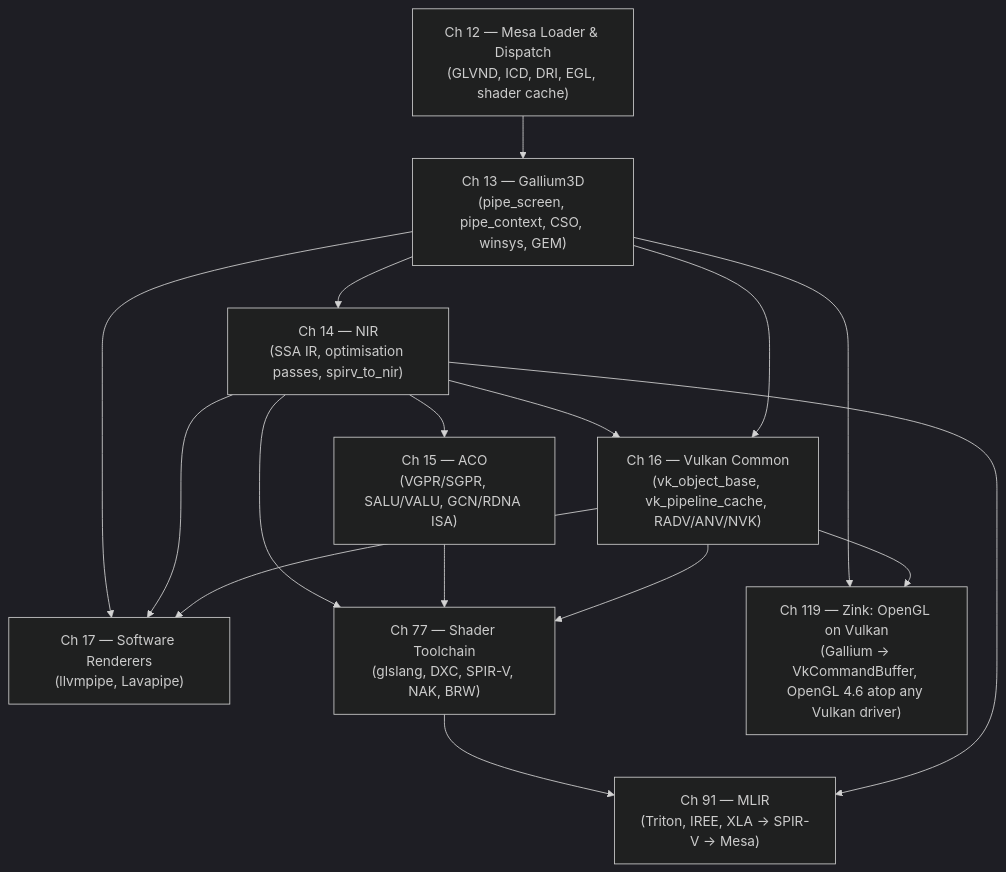
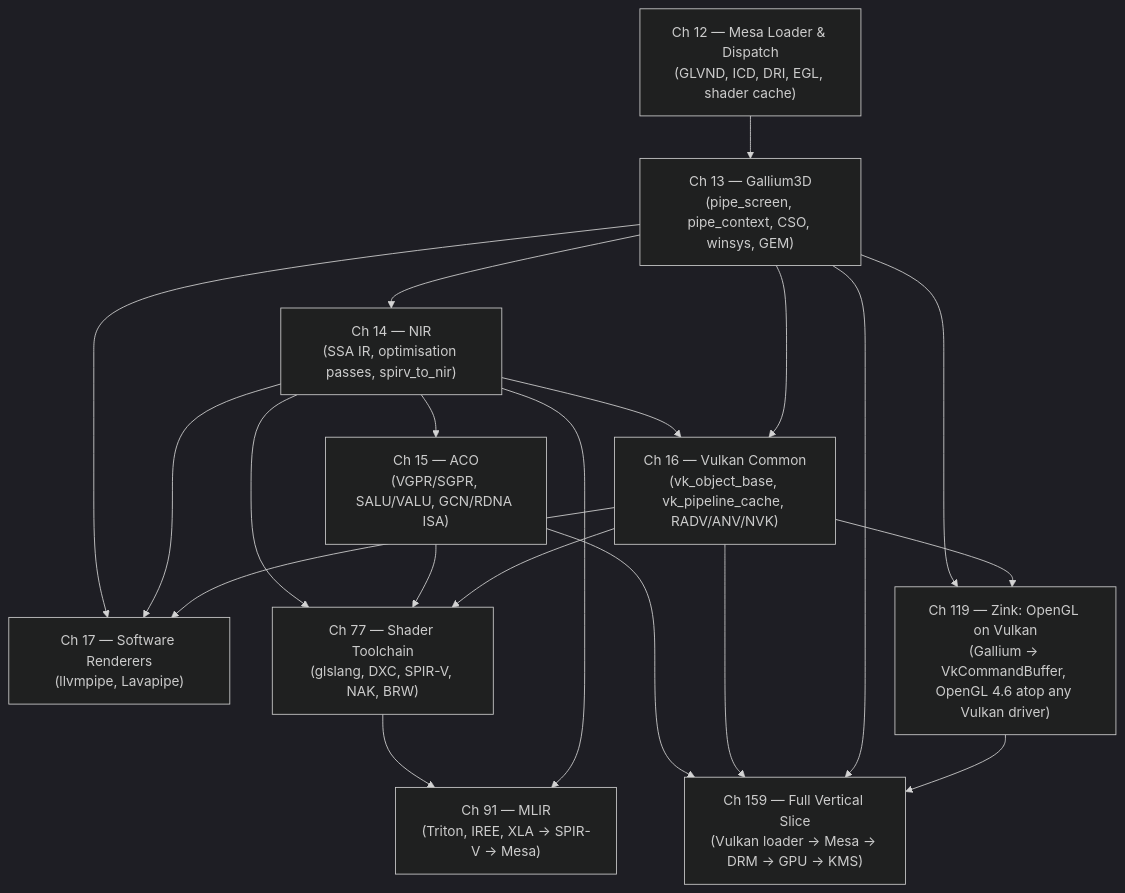
Before and after one commit to jreuben11/linux-graphics-stack-book: the diagram in chapters/part-04-mesa-architecture/part-intro.md, drawn with Mermaid (dark theme). The commit also changed 54 other files, not shown here.

First line of the commit message:
Add Roadmap sections to remaining 53 chapters (Parts XII–XXI, XXVII)

````diff
--- a/chapters/part-04-mesa-architecture/part-intro.md
+++ b/chapters/part-04-mesa-architecture/part-intro.md
@@ -126,28 +126,33 @@
 ```mermaid
 graph TD
     CH12["Ch 12 — Mesa Loader & Dispatch\n(GLVND, ICD, DRI, EGL, shader cache)"]
     CH13["Ch 13 — Gallium3D\n(pipe_screen, pipe_context, CSO, winsys, GEM)"]
     CH14["Ch 14 — NIR\n(SSA IR, optimisation passes, spirv_to_nir)"]
     CH15["Ch 15 — ACO\n(VGPR/SGPR, SALU/VALU, GCN/RDNA ISA)"]
     CH16["Ch 16 — Vulkan Common\n(vk_object_base, vk_pipeline_cache, RADV/ANV/NVK)"]
     CH17["Ch 17 — Software Renderers\n(llvmpipe, Lavapipe)"]
     CH77["Ch 77 — Shader Toolchain\n(glslang, DXC, SPIR-V, NAK, BRW)"]
     CH91["Ch 91 — MLIR\n(Triton, IREE, XLA → SPIR-V → Mesa)"]
     CH119["Ch 119 — Zink: OpenGL on Vulkan\n(Gallium → VkCommandBuffer, OpenGL 4.6 atop any Vulkan driver)"]
+    CH159["Ch 159 — Full Vertical Slice\n(Vulkan loader → Mesa → DRM → GPU → KMS)"]
 
     CH12 --> CH13
     CH13 --> CH14
     CH14 --> CH15
     CH14 --> CH16
     CH13 --> CH16
     CH13 --> CH17
     CH14 --> CH17
     CH16 --> CH17
     CH13 --> CH119
     CH16 --> CH119
     CH14 --> CH77
     CH15 --> CH77
     CH16 --> CH77
     CH77 --> CH91
     CH14 --> CH91
+    CH15 --> CH159
+    CH16 --> CH159
+    CH13 --> CH159
+    CH119 --> CH159
 ```
````
